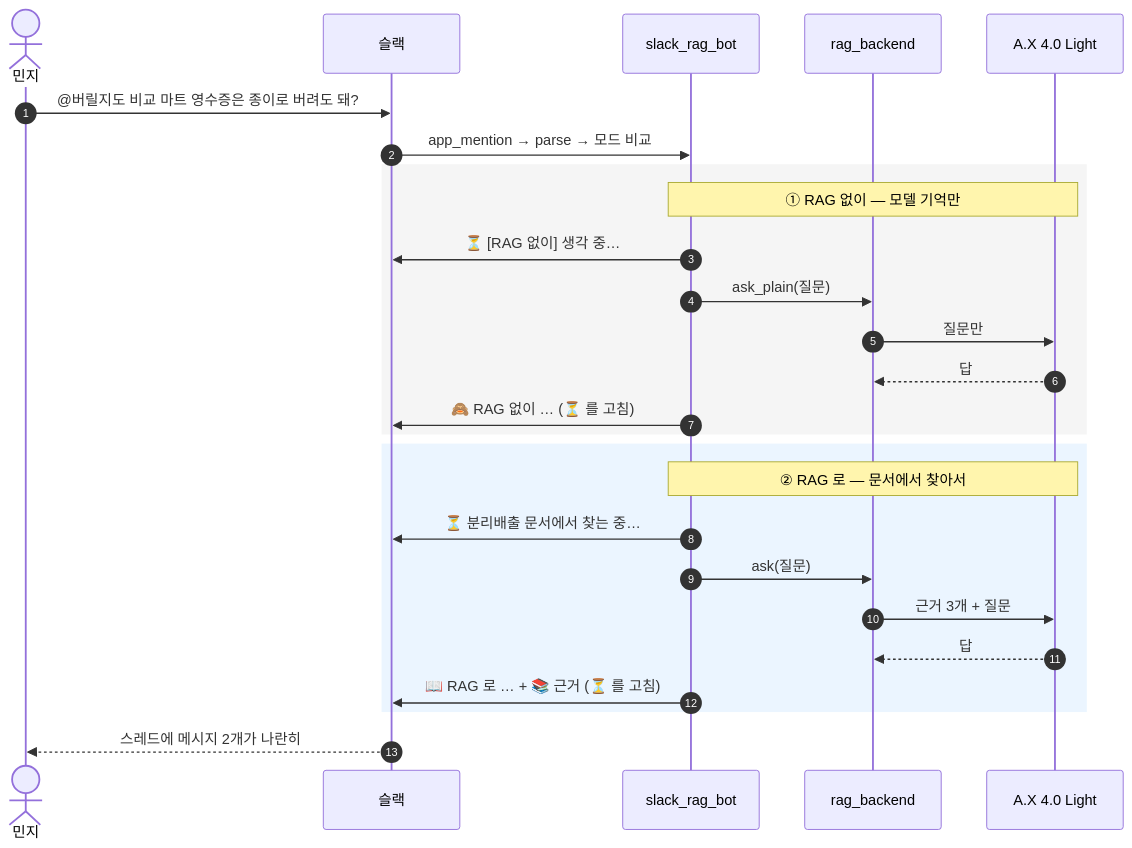
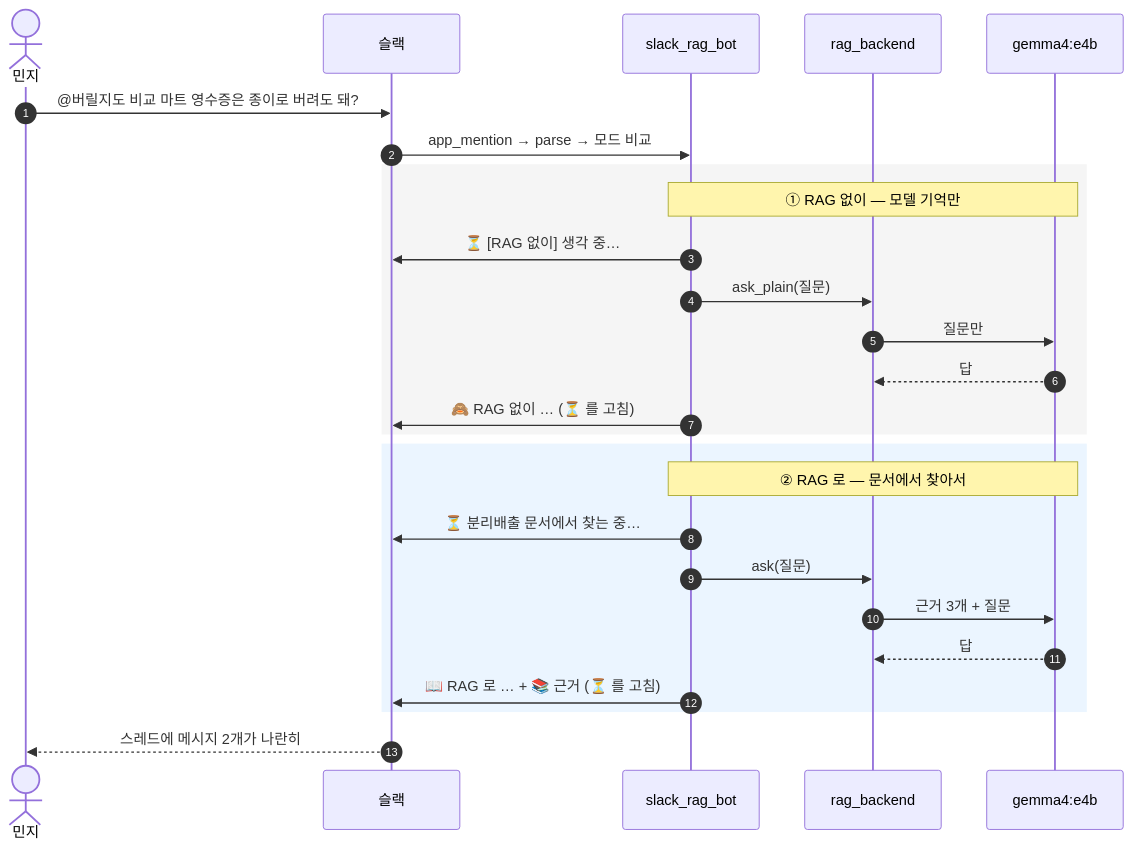
One commit to Jinseok2419342/recycle-rag-slack-bot changed the fifth of 10 diagrams in docs/scenarios.md. Above: the diagram before and after it, drawn with Mermaid. The commit also changed other lines of this file and 37 other files, not shown here.

````diff
--- a/docs/scenarios.md
+++ b/docs/scenarios.md
@@ -239,32 +243,32 @@
 ```mermaid
 sequenceDiagram
     autonumber
     actor U as 민지
     participant S as 슬랙
     participant B as slack_rag_bot
     participant R as rag_backend
-    participant L as A.X 4.0 Light
+    participant L as gemma4:e4b
 
     U->>S: @버릴지도 비교 마트 영수증은 종이로 버려도 돼?
     S->>B: app_mention → parse → 모드 비교
 
     rect rgb(245, 245, 245)
     Note over B,L: ① RAG 없이 — 모델 기억만
     B->>S: ⏳ [RAG 없이] 생각 중…
     B->>R: ask_plain(질문)
     R->>L: 질문만
     L-->>R: 답
     B->>S: 🙈 RAG 없이 … (⏳ 를 고침)
     end
 
     rect rgb(235, 245, 255)
     Note over B,L: ② RAG 로 — 문서에서 찾아서
     B->>S: ⏳ 분리배출 문서에서 찾는 중…
     B->>R: ask(질문)
     R->>L: 근거 3개 + 질문
     L-->>R: 답
     B->>S: 📖 RAG 로 … + 📚 근거 (⏳ 를 고침)
     end
 
     S-->>U: 스레드에 메시지 2개가 나란히
 ```
````
